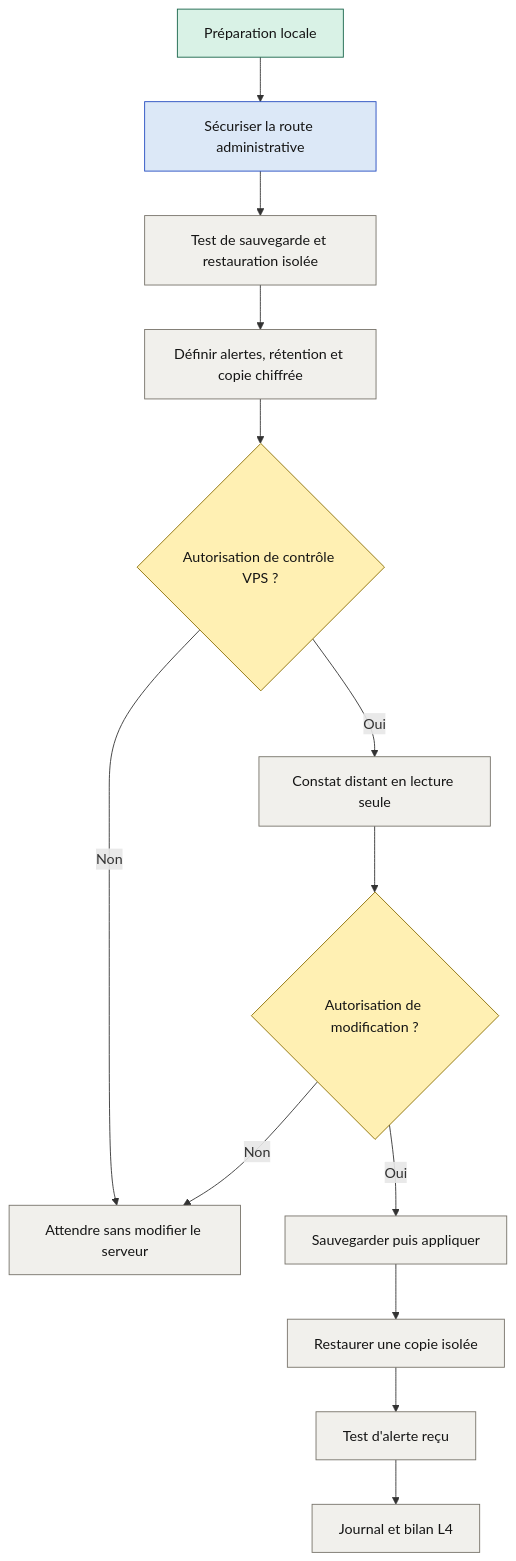
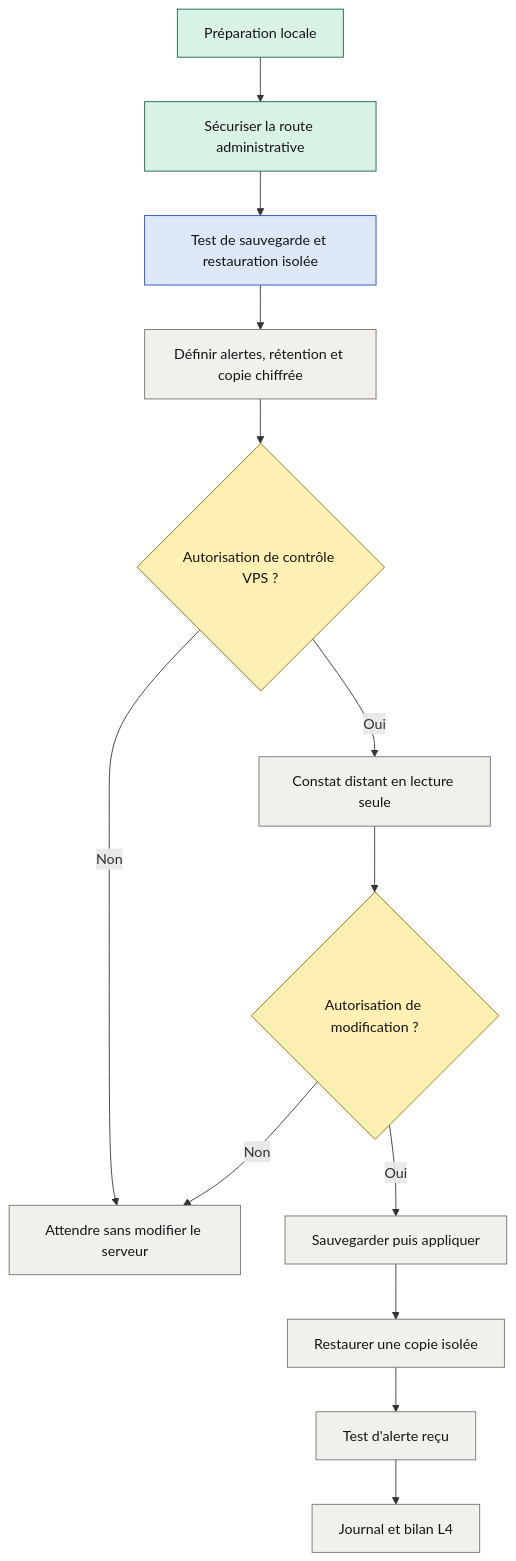
Before and after one commit to VinniMo/samstag: the diagram in docs/diagrams/l4-operations.mmd, drawn with Mermaid. The commit also changed 10 other files, not shown here.

```diff
--- a/docs/diagrams/l4-operations.mmd
+++ b/docs/diagrams/l4-operations.mmd
@@ -1,23 +1,23 @@
 flowchart TD
     A[Préparation locale] --> B[Sécuriser la route administrative]
     B --> C[Test de sauvegarde et restauration isolée]
     C --> D[Définir alertes, rétention et copie chiffrée]
     D --> E{Autorisation de contrôle VPS ?}
     E -->|Non| W[Attendre sans modifier le serveur]
     E -->|Oui| F[Constat distant en lecture seule]
     F --> G{Autorisation de modification ?}
     G -->|Non| W
     G -->|Oui| H[Sauvegarder puis appliquer]
     H --> I[Restaurer une copie isolée]
     I --> J[Test d'alerte reçu]
     J --> K[Journal et bilan L4]
 
     classDef done fill:#d9f2e6,stroke:#176449,color:#151515
     classDef ready fill:#dce8f7,stroke:#244bc0,color:#151515
     classDef approval fill:#fff0b3,stroke:#8a6d00,color:#151515
     classDef future fill:#f1f0ec,stroke:#77736a,color:#151515
 
-    class A done
-    class B ready
+    class A,B done
+    class C ready
     class E,G approval
-    class C,D,F,H,I,J,K,W future
+    class D,F,H,I,J,K,W future
```
